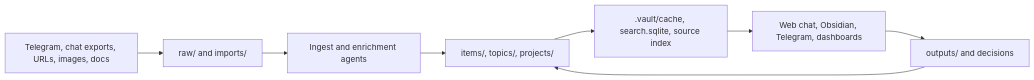
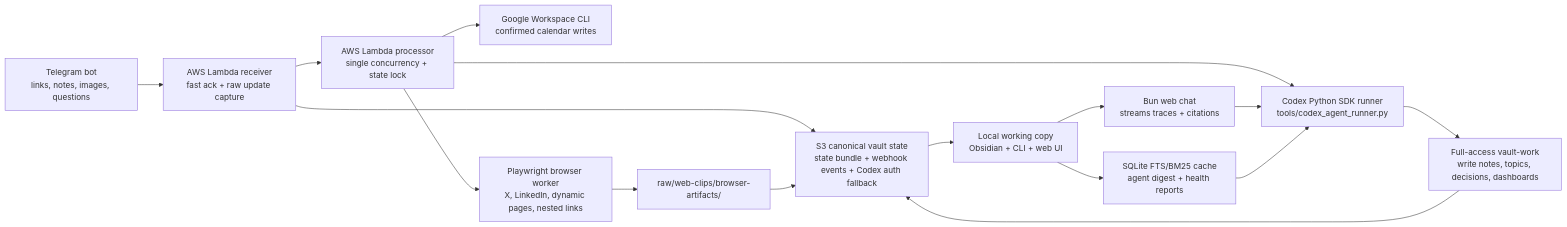
Before and after one commit to suraj-ranganath/VaultLens: the diagram in README.md, drawn with Mermaid. The commit also changed other lines of this file, not shown here.

Commit message:
Refresh README architecture

````diff
--- a/README.md
+++ b/README.md
@@ -288,10 +71,18 @@
 ```mermaid
 flowchart LR
-  Capture["Telegram, chat exports, URLs, images, docs"] --> Raw["raw/ and imports/"]
-  Raw --> Agent["Ingest and enrichment agents"]
-  Agent --> Notes["items/, topics/, projects/"]
-  Notes --> Cache[".vault/cache, search.sqlite, source index"]
-  Cache --> Surfaces["Web chat, Obsidian, Telegram, dashboards"]
-  Surfaces --> Outputs["outputs/ and decisions"]
-  Outputs --> Notes
+  Telegram["Telegram bot\nlinks, notes, images, questions"] --> Receiver["AWS Lambda receiver\nfast ack + raw update capture"]
+  Receiver --> S3["S3 canonical vault state\nstate bundle + webhook events + Codex auth fallback"]
+  Receiver --> Processor["AWS Lambda processor\nsingle concurrency + state lock"]
+  Processor --> Runner["Codex Python SDK runner\ntools/codex_agent_runner.py"]
+  Runner --> VaultWork["Full-access vault-work\nwrite notes, topics, decisions, dashboards"]
+  Processor --> Calendar["Google Workspace CLI\nconfirmed calendar writes"]
+  Processor --> BrowserWorker["Playwright browser worker\nX, LinkedIn, dynamic pages, nested links"]
+  BrowserWorker --> Artifacts["raw/web-clips/browser-artifacts/"]
+  VaultWork --> S3
+  Artifacts --> S3
+  S3 --> Local["Local working copy\nObsidian + CLI + web UI"]
+  Local --> Web["Bun web chat\nstreams traces + citations"]
+  Web --> Runner
+  Local --> Cache["SQLite FTS/BM25 cache\nagent digest + health reports"]
+  Cache --> Runner
 ```
````
